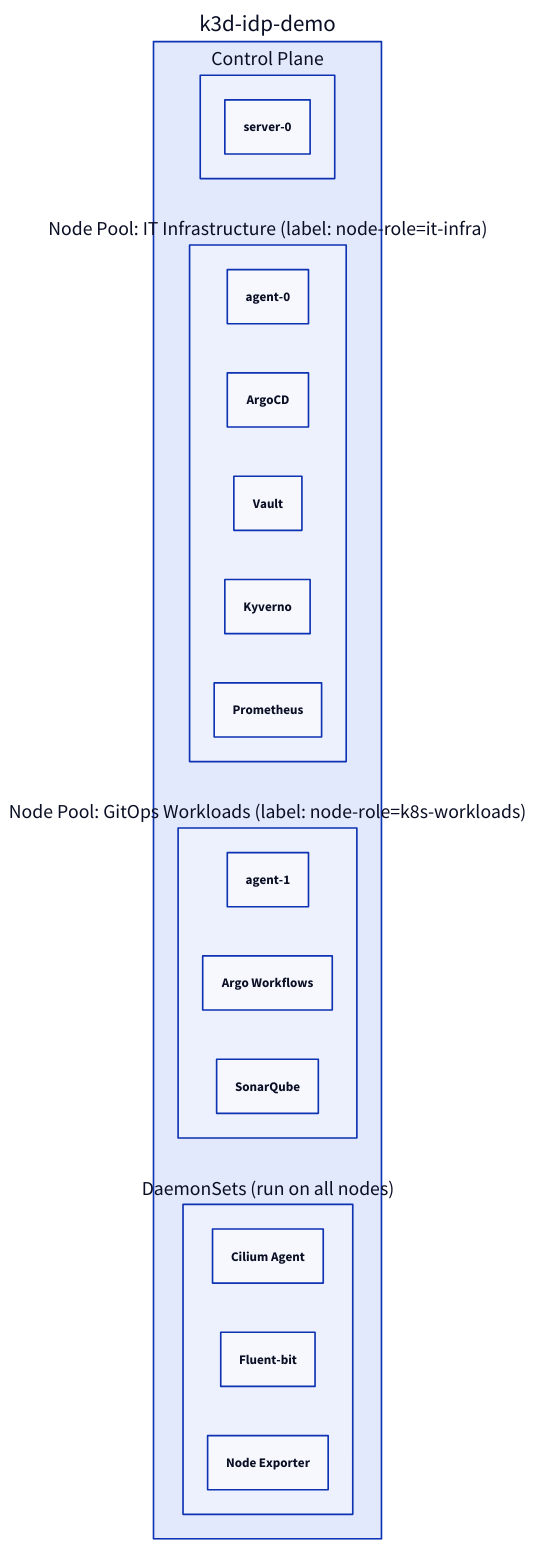
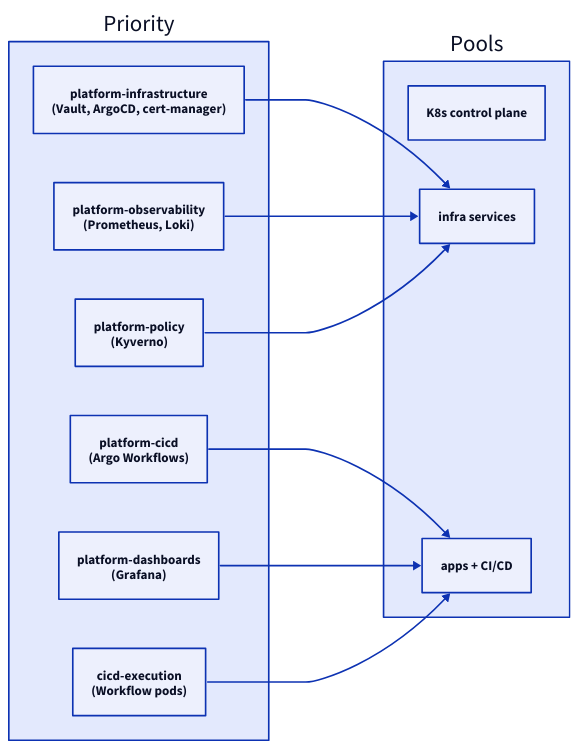
The diagram in Docs/concepts/scheduling-nodepools.md (rou-cru/idp-blueprint), drawn with D2 before and after one commit. The commit also changed other lines of this file and 114 other files, not shown here.

````diff
--- a/Docs/concepts/scheduling-nodepools.md
+++ b/Docs/concepts/scheduling-nodepools.md
@@ -14,35 +7,25 @@
 ```d2
 direction: right
 
-Cluster: {
-  label: "k3d-idp-demo"
+Priority: {
+  Infra: "platform-infrastructure\n(Vault, ArgoCD, cert-manager)"
+  Observ: "platform-observability\n(Prometheus, Loki)"
+  Policy: "platform-policy\n(Kyverno)"
+  CICD: "platform-cicd\n(Argo Workflows)"
+  Dash: "platform-dashboards\n(Grafana)"
+  Exec: "cicd-execution\n(Workflow pods)"
+}
 
-  ControlPlane: {
-    label: "Control Plane"
-    node: "server-0"
-  }
+Pools: {
+  ControlPlane: "K8s control plane"
+  InfraNodes: "infra services"
+  WorkloadNodes: "apps + CI/CD"
+}
 
-  InfraPool: {
-    label: "Node Pool: IT Infrastructure (label: node-role=it-infra)"
-    node: "agent-0"
-    ArgoCD
-    Vault
-    Kyverno
-    Prometheus
-  }
-
-  WorkloadPool: {
-    label: "Node Pool: GitOps Workloads (label: node-role=k8s-workloads)"
-    node: "agent-1"
-    ArgoWorkflows: "Argo Workflows"
-    SonarQube
-  }
-
-  DaemonSets: {
-    label: "DaemonSets (run on all nodes)"
-    Cilium: "Cilium Agent"
-    FluentBit: "Fluent-bit"
-    NodeExporter: "Node Exporter"
-  }
-}
+Priority.Infra -> Pools.InfraNodes
+Priority.Observ -> Pools.InfraNodes
+Priority.Policy -> Pools.InfraNodes
+Priority.CICD -> Pools.WorkloadNodes
+Priority.Dash -> Pools.WorkloadNodes
+Priority.Exec -> Pools.WorkloadNodes
 ```
````
